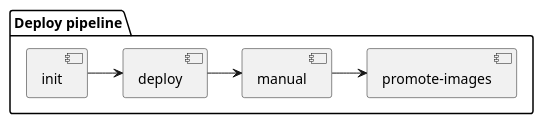
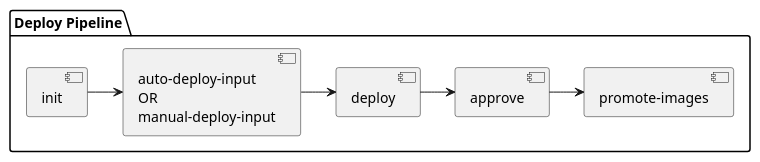
Before and after one commit to epam/edp-install: the diagram in docs/user-guide/deploy-pipeline.puml, drawn with PlantUML. The commit also changed 2 other files, not shown here.

Commit message:
[EPMDEDP-8313]: docs: Add information about new input stages

```diff
--- a/docs/user-guide/deploy-pipeline.puml
+++ b/docs/user-guide/deploy-pipeline.puml
@@ -1,11 +1,11 @@
 @startuml
 
-package "Deploy pipeline" as 3 {
+package "Deploy Pipeline" as 3 {
 [init] as i2
-i2->[deploy]
-[deploy]->[manual]
-[manual]->[promote-images]
+[auto-deploy-input \nOR\nmanual-deploy-input] as deployInput
+i2->deployInput
+deployInput->[deploy]
+[deploy]->[approve]
+[approve]->[promote-images]
 }
-
-
 @enduml
```
